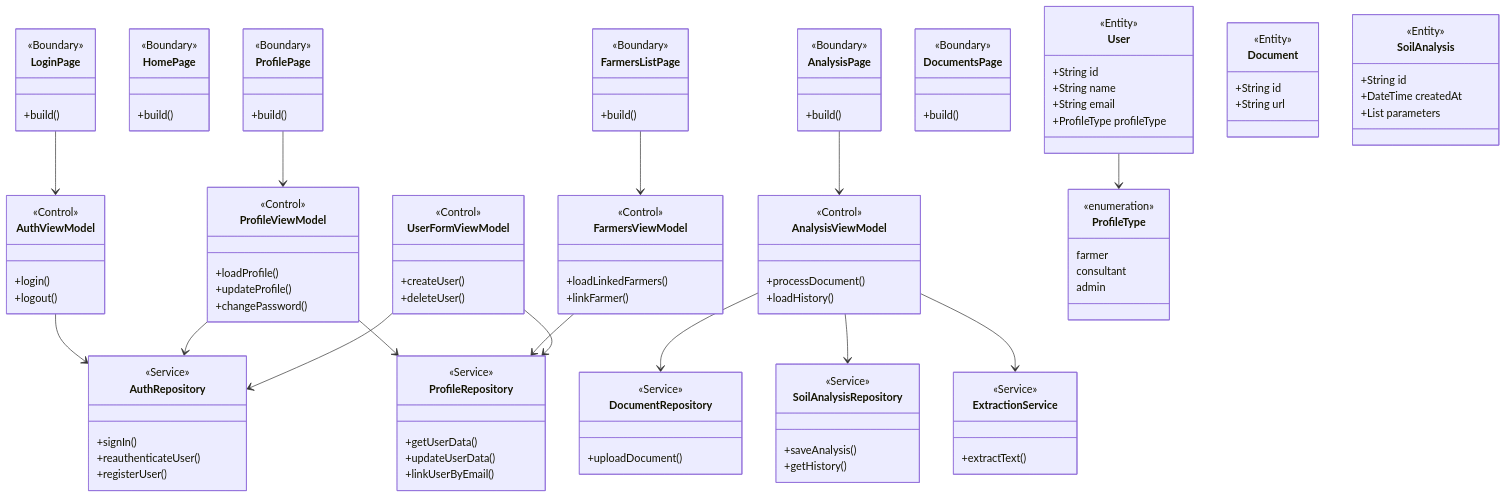
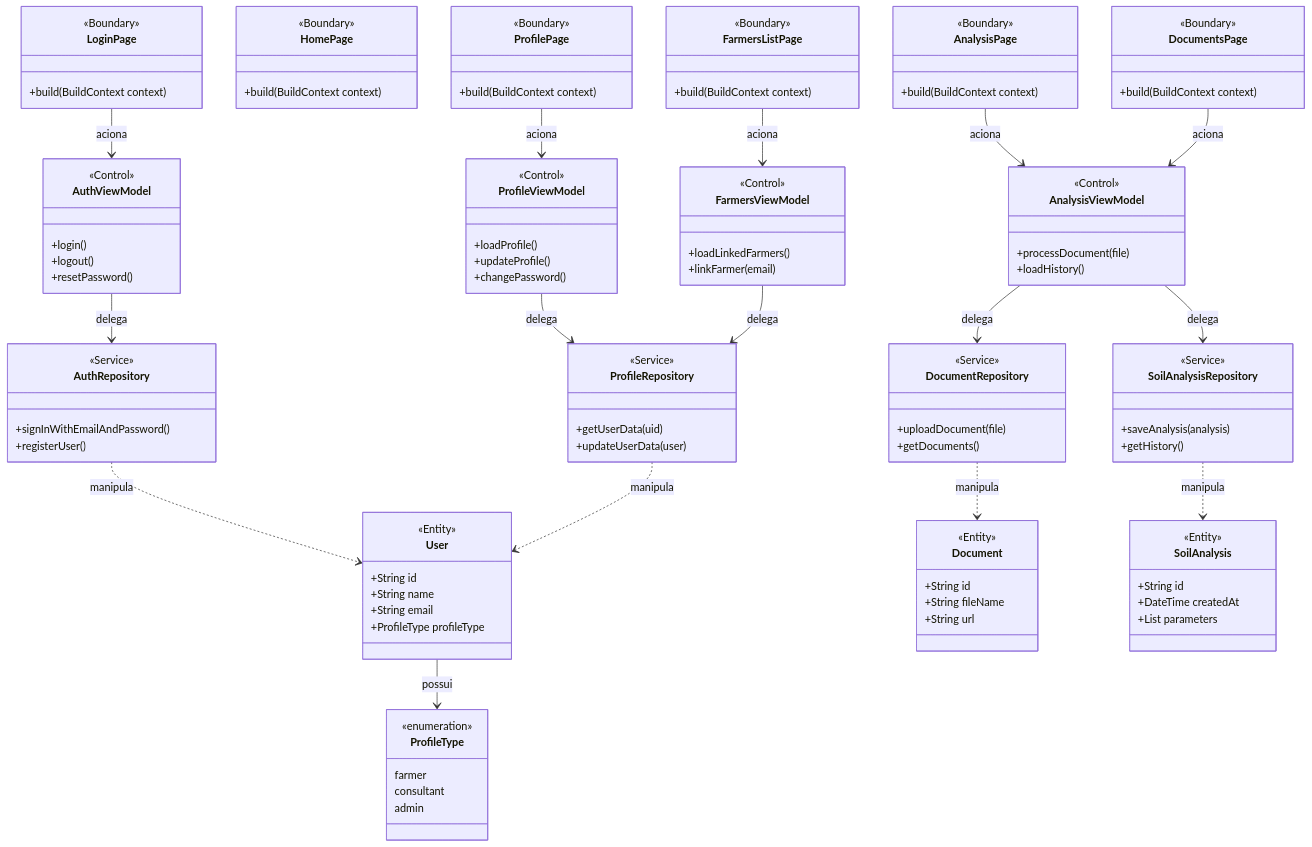
Before and after one commit to leandromesq/anasoil: the first of 7 diagrams in docs/documentacao_anasoil.md, drawn with Mermaid.

Commit message:
Refactor class diagram and update method signatures

````diff
--- a/docs/documentacao_anasoil.md
+++ b/docs/documentacao_anasoil.md
@@ -11,40 +11,34 @@
 ```mermaid
 classDiagram
-    %% ==========================================
-    %% FRONTEIRAS (BOUNDARY) - UIs e Telas
-    %% ==========================================
     class LoginPage {
         <<Boundary>>
-        +build()
+        +build(BuildContext context)
     }
     class HomePage {
         <<Boundary>>
-        +build()
+        +build(BuildContext context)
     }
     class ProfilePage {
         <<Boundary>>
-        +build()
+        +build(BuildContext context)
     }
     class AnalysisPage {
         <<Boundary>>
-        +build()
+        +build(BuildContext context)
     }
     class FarmersListPage {
         <<Boundary>>
-        +build()
+        +build(BuildContext context)
     }
     class DocumentsPage {
         <<Boundary>>
-        +build()
+        +build(BuildContext context)
     }
-
-    %% ==========================================
-    %% CONTROLES (CONTROL) - ViewModels
-    %% ==========================================
     class AuthViewModel {
         <<Control>>
         +login()
         +logout()
+        +resetPassword()
     }
     class ProfileViewModel {
         <<Control>>
@@ -54,52 +48,34 @@
     }
     class AnalysisViewModel {
         <<Control>>
-        +processDocument()
+        +processDocument(file)
         +loadHistory()
     }
     class FarmersViewModel {
         <<Control>>
         +loadLinkedFarmers()
-        +linkFarmer()
+        +linkFarmer(email)
     }
-    class UserFormViewModel {
-        <<Control>>
-        +createUser()
-        +deleteUser()
-    }
-
-    %% ==========================================
-    %% ACESSO A DADOS (SERVICES / REPOSITORIES)
-    %% ==========================================
     class AuthRepository {
         <<Service>>
-        +signIn()
-        +reauthenticateUser()
+        +signInWithEmailAndPassword()
         +registerUser()
     }
     class ProfileRepository {
         <<Service>>
-        +getUserData()
-        +updateUserData()
-        +linkUserByEmail()
+        +getUserData(uid)
+        +updateUserData(user)
     }
     class DocumentRepository {
         <<Service>>
-        +uploadDocument()
+        +uploadDocument(file)
+        +getDocuments()
     }
     class SoilAnalysisRepository {
         <<Service>>
-        +saveAnalysis()
+        +saveAnalysis(analysis)
         +getHistory()
     }
-    class ExtractionService {
-        <<Service>>
-        +extractText()
-    }
-
-    %% ==========================================
-    %% ENTIDADES (ENTITY) - Domínio
-    %% ==========================================
     class User {
         <<Entity>>
         +String id
@@ -110,6 +86,7 @@
     class Document {
         <<Entity>>
         +String id
+        +String fileName
         +String url
     }
     class SoilAnalysis {
@@ -124,22 +101,20 @@
         consultant
         admin
     }
-
-    %% Relacionamentos
-    LoginPage --> AuthViewModel
-    ProfilePage --> ProfileViewModel
-    AnalysisPage --> AnalysisViewModel
-    FarmersListPage --> FarmersViewModel
+    LoginPage --> AuthViewModel : aciona
+    ProfilePage --> ProfileViewModel : aciona
+    AnalysisPage --> AnalysisViewModel : aciona
+    FarmersListPage --> FarmersViewModel : aciona
+    DocumentsPage --> AnalysisViewModel : aciona
+    AuthViewModel --> AuthRepository : delega
+    ProfileViewModel --> ProfileRepository : delega
+    AnalysisViewModel --> DocumentRepository : delega
+    AnalysisViewModel --> SoilAnalysisRepository : delega
+    FarmersViewModel --> ProfileRepository : delega
+    AuthRepository ..> User : manipula
+    ProfileRepository ..> User : manipula
+    DocumentRepository ..> Document : manipula
+    SoilAnalysisRepository ..> SoilAnalysis : manipula
     
-    AuthViewModel --> AuthRepository
-    ProfileViewModel --> ProfileRepository
-    ProfileViewModel --> AuthRepository
-    AnalysisViewModel --> DocumentRepository
-    AnalysisViewModel --> SoilAnalysisRepository
-    AnalysisViewModel --> ExtractionService
-    FarmersViewModel --> ProfileRepository
-    UserFormViewModel --> AuthRepository
-    UserFormViewModel --> ProfileRepository
-
-    User --> ProfileType
+    User --> ProfileType : possui
 ```
````
